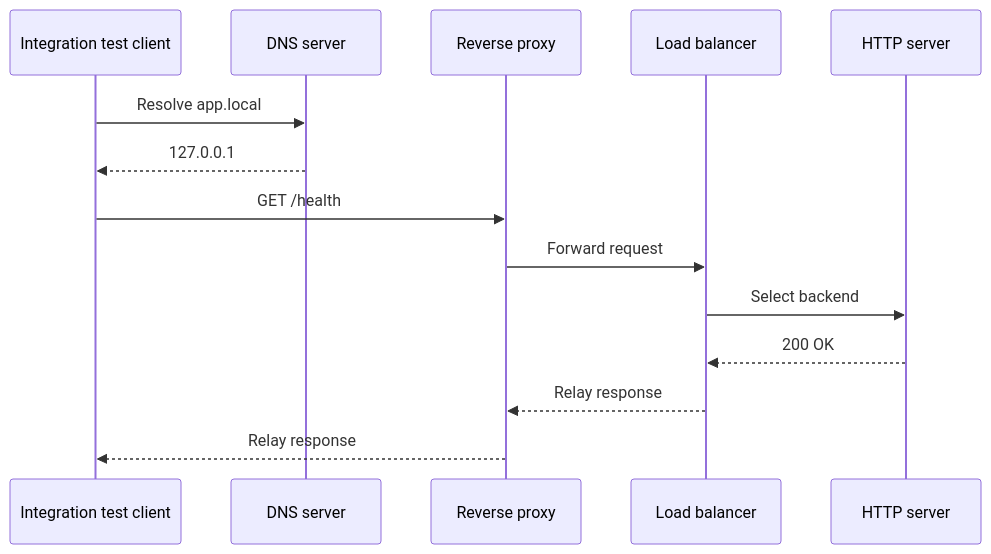
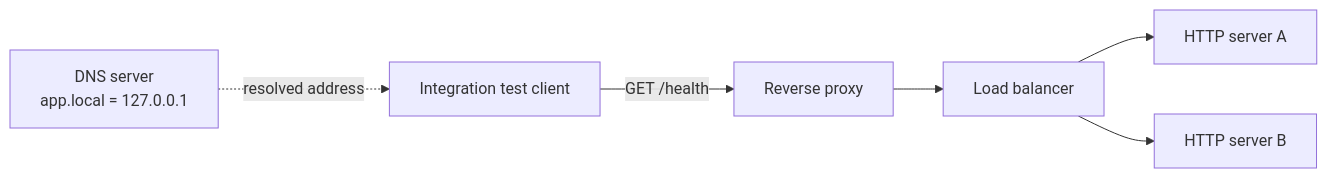
One commit to max-vie/infra-from-scratch changed the diagram in README.md. Above: the diagram before and after it, drawn with Mermaid. The commit also changed other lines of this file and 1 other file, not shown here.

Commit message:
Clarify project documentation

````diff
--- a/README.md
+++ b/README.md
@@ -19,17 +18,15 @@
 ```mermaid
-sequenceDiagram
-    participant Client as Integration test client
-    participant DNS as DNS server
-    participant Proxy as Reverse proxy
-    participant Balancer as Load balancer
-    participant Backend as HTTP server
+flowchart LR
+    DNS[DNS server<br/>app.local = 127.0.0.1]
+    Client[Integration test client]
+    Proxy[Reverse proxy]
+    Balancer[Load balancer]
+    ServerA[HTTP server A]
+    ServerB[HTTP server B]
 
-    Client->>DNS: Resolve app.local
-    DNS-->>Client: 127.0.0.1
-    Client->>Proxy: GET /health
-    Proxy->>Balancer: Forward request
-    Balancer->>Backend: Select backend
-    Backend-->>Balancer: 200 OK
-    Balancer-->>Proxy: Relay response
-    Proxy-->>Client: Relay response
+    DNS -. resolved address .-> Client
+    Client -->|GET /health| Proxy
+    Proxy --> Balancer
+    Balancer --> ServerA
+    Balancer --> ServerB
 ```
````
